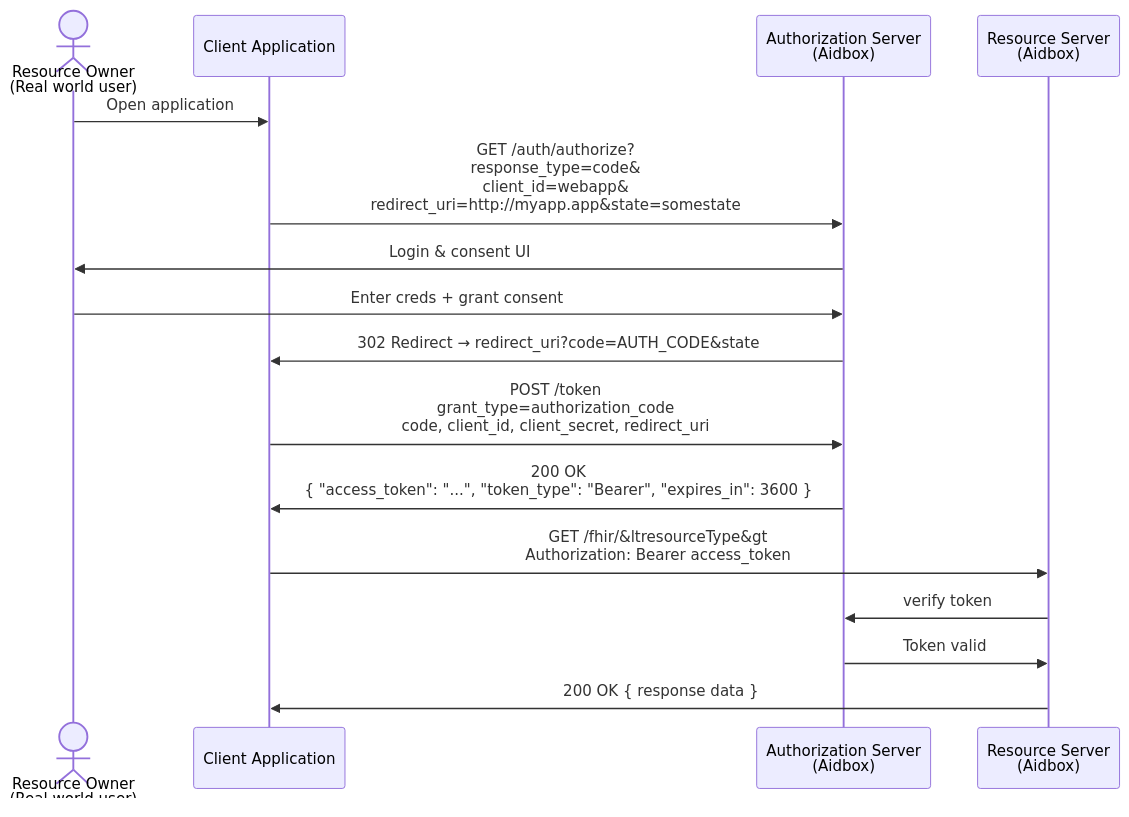
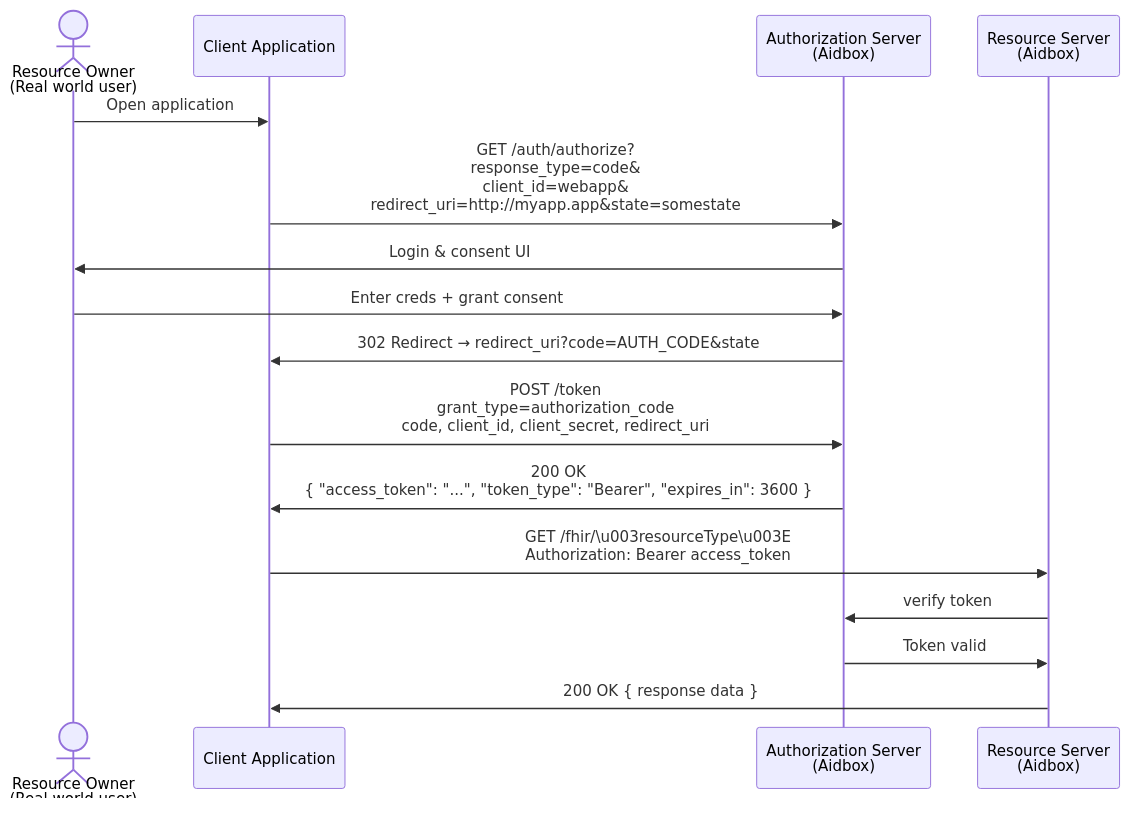
One commit to HealthSamurai/documentation changed the second of 4 diagrams in docs/access-control/authentication/oauth-2-0.md. Above: the diagram before and after it, drawn with Mermaid. The commit also changed other lines of this file, not shown here.

````diff
--- a/docs/access-control/authentication/oauth-2-0.md
+++ b/docs/access-control/authentication/oauth-2-0.md
@@ -36,20 +36,20 @@
 ```mermaid fullWidth="true"
 sequenceDiagram
   actor User as Resource Owner<br>(Real world user)
   participant Client as Client Application
   participant AS as Authorization Server<br>(Aidbox)
   participant RS as Resource Server<br>(Aidbox)
 
   User->>Client: Open application
   Client->>AS: GET /auth/authorize?<br>response_type=code&<br>client_id=webapp&<br>redirect_uri=http://myapp.app&state=somestate
   AS->>User: Login & consent UI
   User->>AS: Enter creds + grant consent
   AS->>Client: 302 Redirect → redirect_uri?code=AUTH_CODE&state
   Client->>AS: POST /token<br/>grant_type=authorization_code<br/>code, client_id, client_secret, redirect_uri
    AS->>Client: 200 OK<br/>{ "access_token": "...", "token_type": "Bearer", "expires_in": 3600 }
   
-  Client->>RS: GET /fhir/&ltresourceType&gt<br/>Authorization: Bearer access_token
+  Client->>RS: GET /fhir/\u003resourceType\u003E<br/>Authorization: Bearer access_token
   RS->>AS: verify token
   AS->>RS: Token valid
   RS->>Client: 200 OK { response data }
 ```
````
